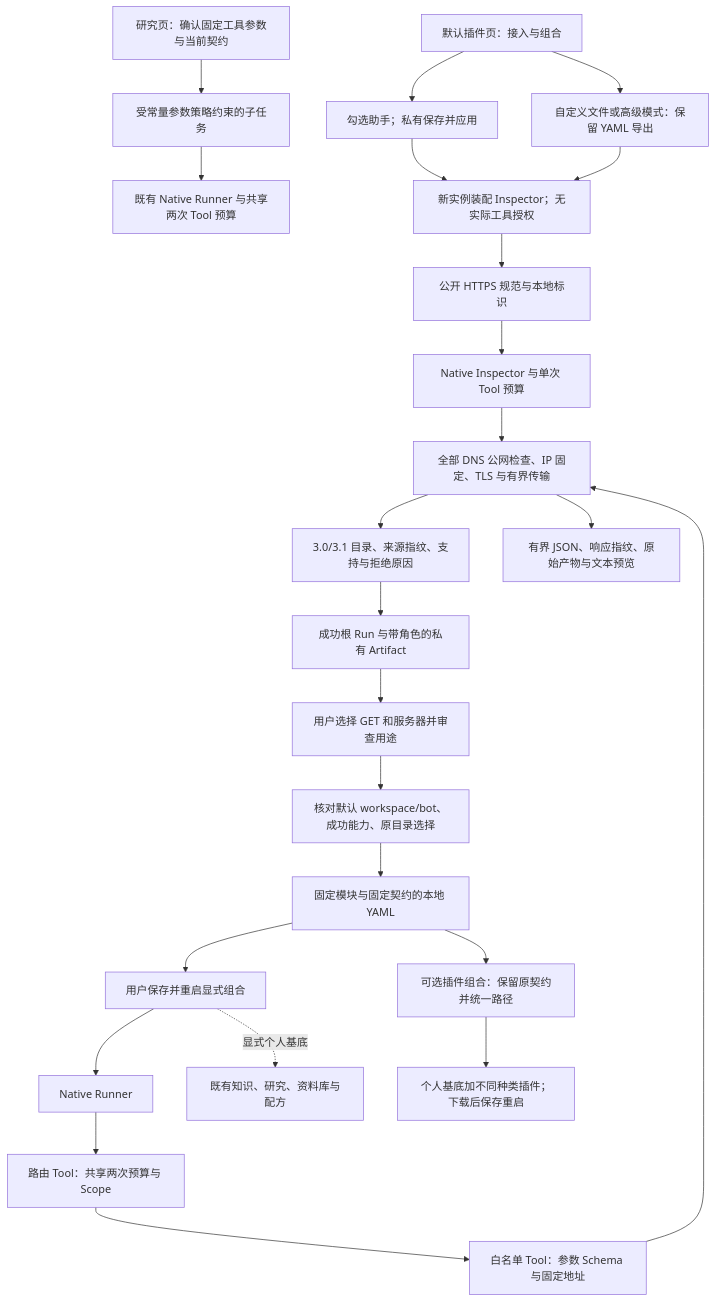
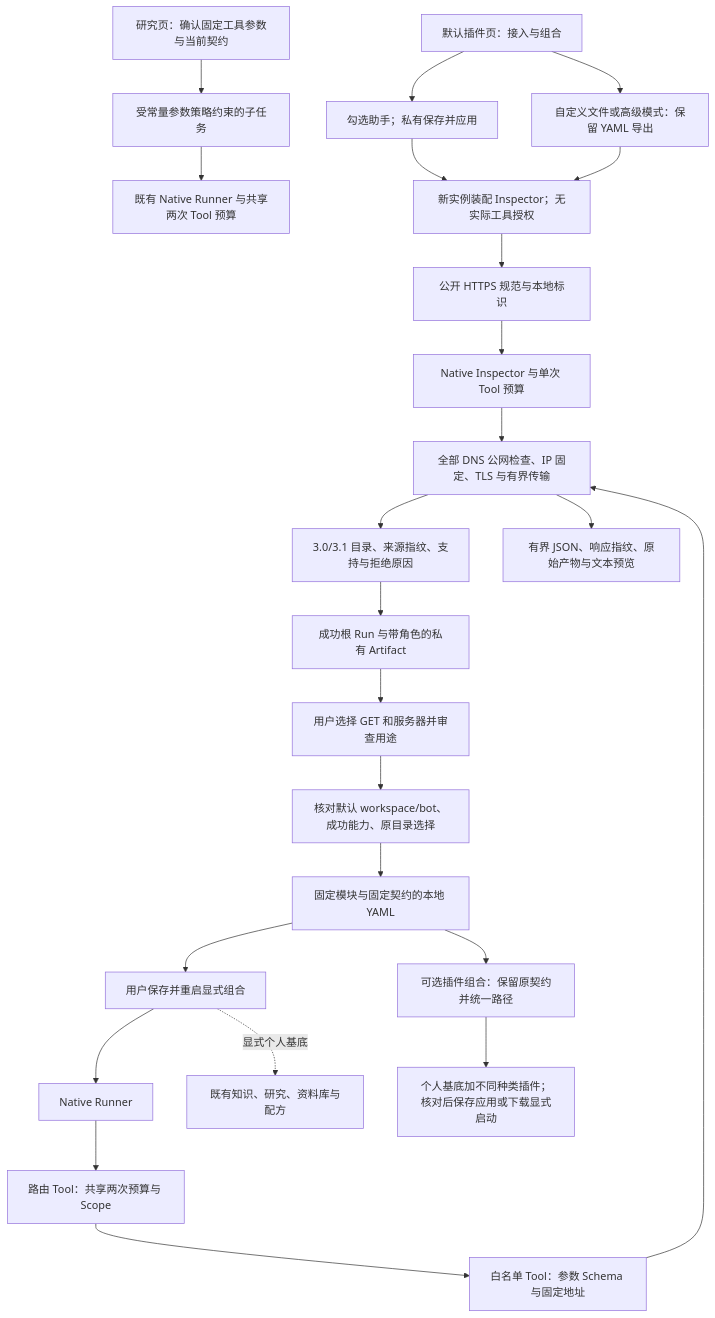
The diagram in backend/src/connectors/openapi/FEATURE.md (KlayPeter/AI-Delivery-Ops-Agent), drawn with Mermaid before and after one commit. The commit also changed other lines of this file and 37 other files, not shown here.

````diff
--- a/backend/src/connectors/openapi/FEATURE.md
+++ b/backend/src/connectors/openapi/FEATURE.md
@@ -21,26 +21,26 @@
 ```mermaid
 flowchart TD
     UI[公开 HTTPS 规范与本地标识] --> INSPECT[Native Inspector 与单次 Tool 预算]
     INSPECT --> NET[全部 DNS 公网检查、IP 固定、TLS 与有界传输]
     NET --> CATALOG[3.0/3.1 目录、来源指纹、支持与拒绝原因]
     CATALOG --> HISTORY[成功根 Run 与带角色的私有 Artifact]
     HISTORY --> REVIEW[用户选择 GET 和服务器并审查用途]
     REVIEW --> EXPORT[核对默认 workspace/bot、成功能力、原目录选择]
     EXPORT --> YAML[固定模块与固定契约的本地 YAML]
     YAML --> RESTART[用户保存并重启显式组合]
     RESTART --> RUNNER[Native Runner]
     RESTART -. 显式个人基底 .-> PERSONAL[既有知识、研究、资料库与配方]
     RUNNER --> ROUTE[路由 Tool：共享两次预算与 Scope]
     ROUTE --> GET[白名单 Tool：参数 Schema 与固定地址]
     GET --> NET
     NET --> RESULT[有界 JSON、响应指纹、原始产物与文本预览]
     YAML --> PC[可选插件组合：保留原契约并统一路径]
-    PC --> PERSONAL_COMBO[个人基底加不同种类插件；下载后保存重启]
+    PC --> PERSONAL_COMBO[个人基底加不同种类插件；核对后保存应用或下载显式启动]
     RFIX[研究页：确认固定工具参数与当前契约] --> RDEL[受常量参数策略约束的子任务]
     RDEL --> GATEWAY[既有 Native Runner 与共享两次 Tool 预算]
     DEFAULT_UI[默认插件页：接入与组合] --> SETUP_PREF[勾选助手；私有保存并应用]
     SETUP_PREF --> SETUP_YAML[新实例装配 Inspector；无实际工具授权]
     DEFAULT_UI --> SETUP_EXPORT[自定义文件或高级模式：保留 YAML 导出]
     SETUP_EXPORT --> SETUP_YAML
     SETUP_YAML --> UI
 ```
````
